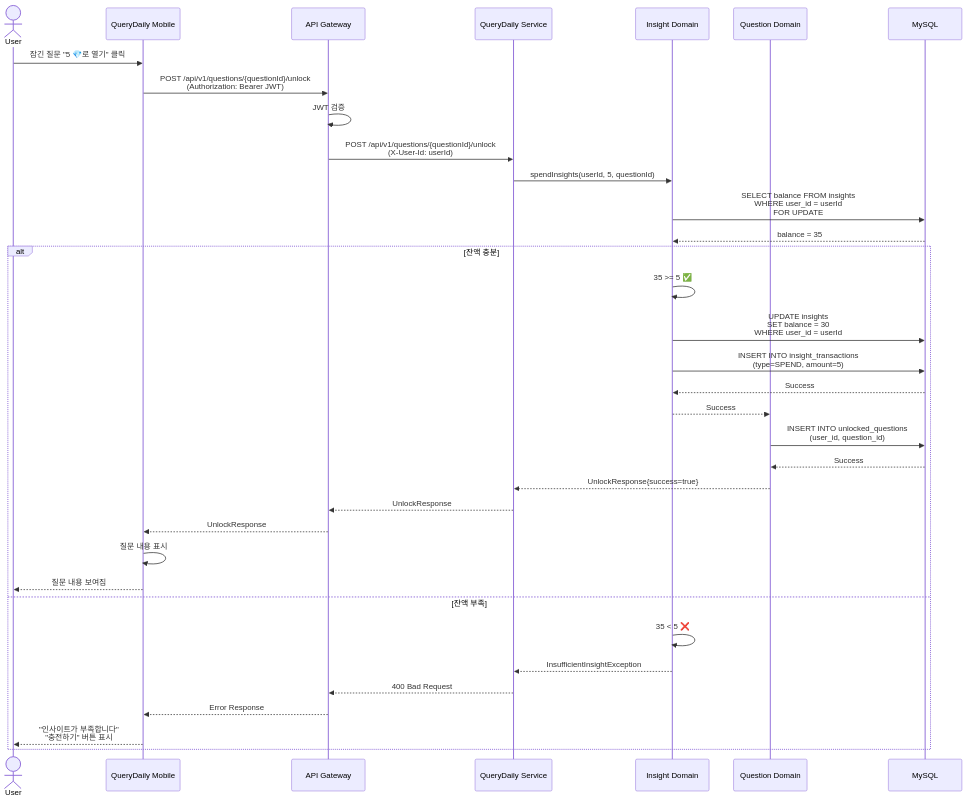
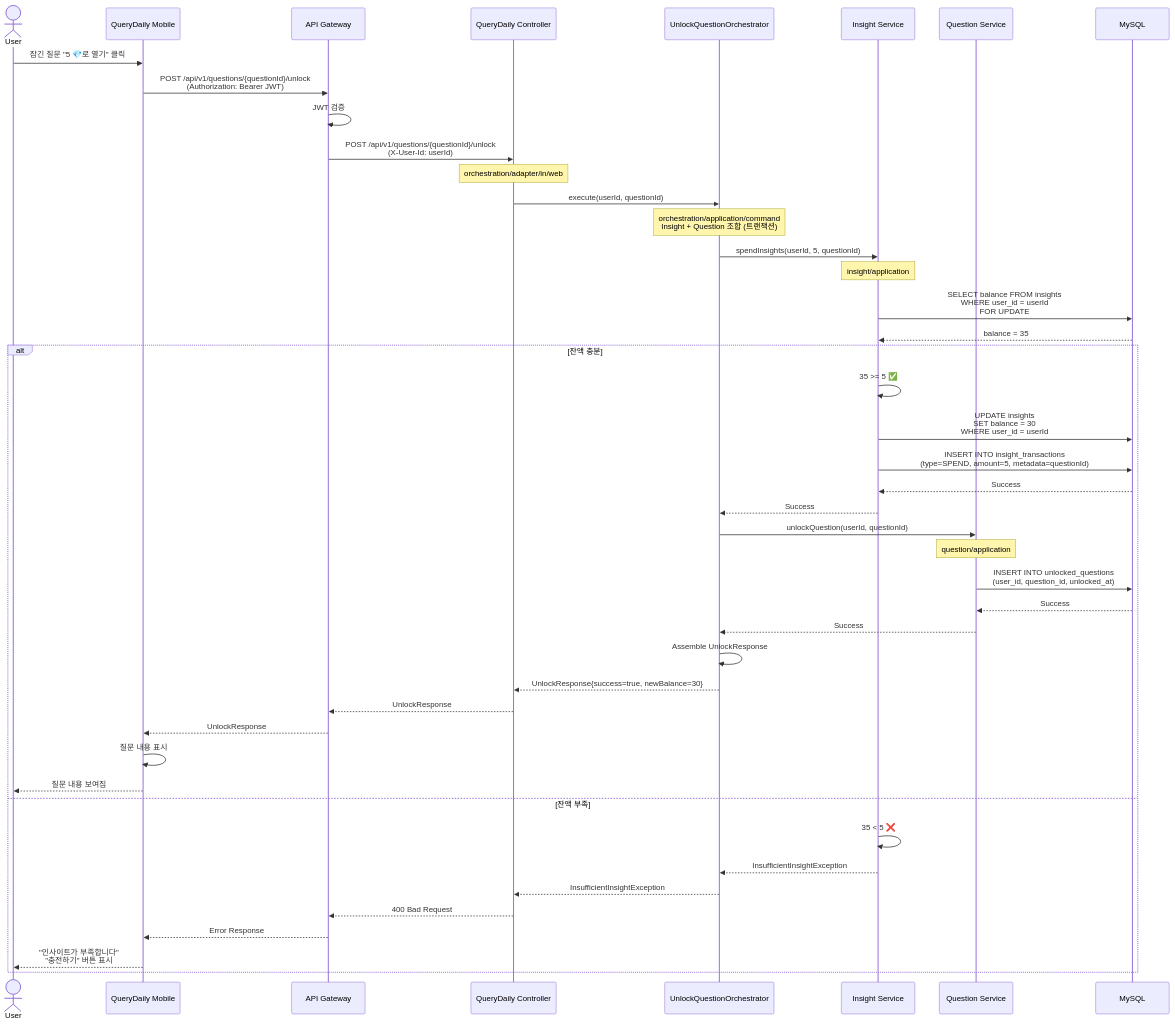
The ninth of 12 diagrams in docs/plan/MOBILE_MVP_ROADMAP.md (AsyncSite/querydaily-frontend), drawn with Mermaid before and after one commit. The commit also changed other lines of this file, not shown here.

First line of the commit message:
refactor: Update all sequence diagrams with orchestration architecture

````diff
--- a/docs/plan/MOBILE_MVP_ROADMAP.md
+++ b/docs/plan/MOBILE_MVP_ROADMAP.md
@@ -2236,43 +2244,55 @@
 ```mermaid
 sequenceDiagram
     actor User
     participant Mobile as QueryDaily Mobile
     participant Gateway as API Gateway
-    participant QDService as QueryDaily Service
-    participant InsightDomain as Insight Domain
-    participant QuestionDomain as Question Domain
+    participant Controller as QueryDaily Controller
+    participant Orchestrator as UnlockQuestionOrchestrator
+    participant InsightSvc as Insight Service
+    participant QuestionSvc as Question Service
     participant DB as MySQL
 
     User->>Mobile: 잠긴 질문 "5 💎로 열기" 클릭
     Mobile->>Gateway: POST /api/v1/questions/{questionId}/unlock<br/>(Authorization: Bearer JWT)
     Gateway->>Gateway: JWT 검증
-    Gateway->>QDService: POST /api/v1/questions/{questionId}/unlock<br/>(X-User-Id: userId)
+    Gateway->>Controller: POST /api/v1/questions/{questionId}/unlock<br/>(X-User-Id: userId)
 
-    QDService->>InsightDomain: spendInsights(userId, 5, questionId)
-    InsightDomain->>DB: SELECT balance FROM insights<br/>WHERE user_id = userId<br/>FOR UPDATE
-    DB-->>InsightDomain: balance = 35
+    Note over Controller: orchestration/adapter/in/web
+    Controller->>Orchestrator: execute(userId, questionId)
+
+    Note over Orchestrator: orchestration/application/command<br/>Insight + Question 조합 (트랜잭션)
+
+    Orchestrator->>InsightSvc: spendInsights(userId, 5, questionId)
+    Note over InsightSvc: insight/application
+    InsightSvc->>DB: SELECT balance FROM insights<br/>WHERE user_id = userId<br/>FOR UPDATE
+    DB-->>InsightSvc: balance = 35
 
     alt 잔액 충분
-        InsightDomain->>InsightDomain: 35 >= 5 ✅
-        InsightDomain->>DB: UPDATE insights<br/>SET balance = 30<br/>WHERE user_id = userId
-        InsightDomain->>DB: INSERT INTO insight_transactions<br/>(type=SPEND, amount=5)
-        DB-->>InsightDomain: Success
+        InsightSvc->>InsightSvc: 35 >= 5 ✅
+        InsightSvc->>DB: UPDATE insights<br/>SET balance = 30<br/>WHERE user_id = userId
+        InsightSvc->>DB: INSERT INTO insight_transactions<br/>(type=SPEND, amount=5, metadata=questionId)
+        DB-->>InsightSvc: Success
+        InsightSvc-->>Orchestrator: Success
 
-        InsightDomain-->>QuestionDomain: Success
-        QuestionDomain->>DB: INSERT INTO unlocked_questions<br/>(user_id, question_id)
-        DB-->>QuestionDomain: Success
+        Orchestrator->>QuestionSvc: unlockQuestion(userId, questionId)
+        Note over QuestionSvc: question/application
+        QuestionSvc->>DB: INSERT INTO unlocked_questions<br/>(user_id, question_id, unlocked_at)
+        DB-->>QuestionSvc: Success
+        QuestionSvc-->>Orchestrator: Success
 
-        QuestionDomain-->>QDService: UnlockResponse{success=true}
-        QDService-->>Gateway: UnlockResponse
+        Orchestrator->>Orchestrator: Assemble UnlockResponse
+        Orchestrator-->>Controller: UnlockResponse{success=true, newBalance=30}
+        Controller-->>Gateway: UnlockResponse
         Gateway-->>Mobile: UnlockResponse
         Mobile->>Mobile: 질문 내용 표시
         Mobile-->>User: 질문 내용 보여짐
 
     else 잔액 부족
-        InsightDomain->>InsightDomain: 35 < 5 ❌
-        InsightDomain-->>QDService: InsufficientInsightException
-        QDService-->>Gateway: 400 Bad Request
+        InsightSvc->>InsightSvc: 35 < 5 ❌
+        InsightSvc-->>Orchestrator: InsufficientInsightException
+        Orchestrator-->>Controller: InsufficientInsightException
+        Controller-->>Gateway: 400 Bad Request
         Gateway-->>Mobile: Error Response
         Mobile-->>User: "인사이트가 부족합니다"<br/>"충전하기" 버튼 표시
     end
 ```
````
